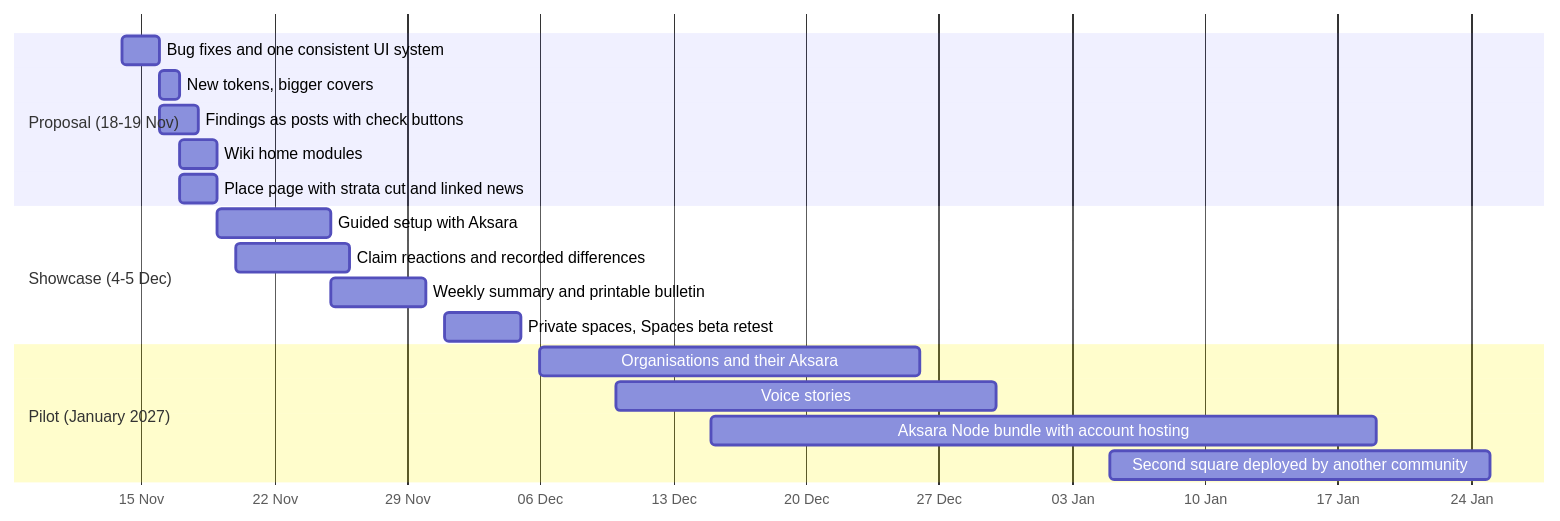
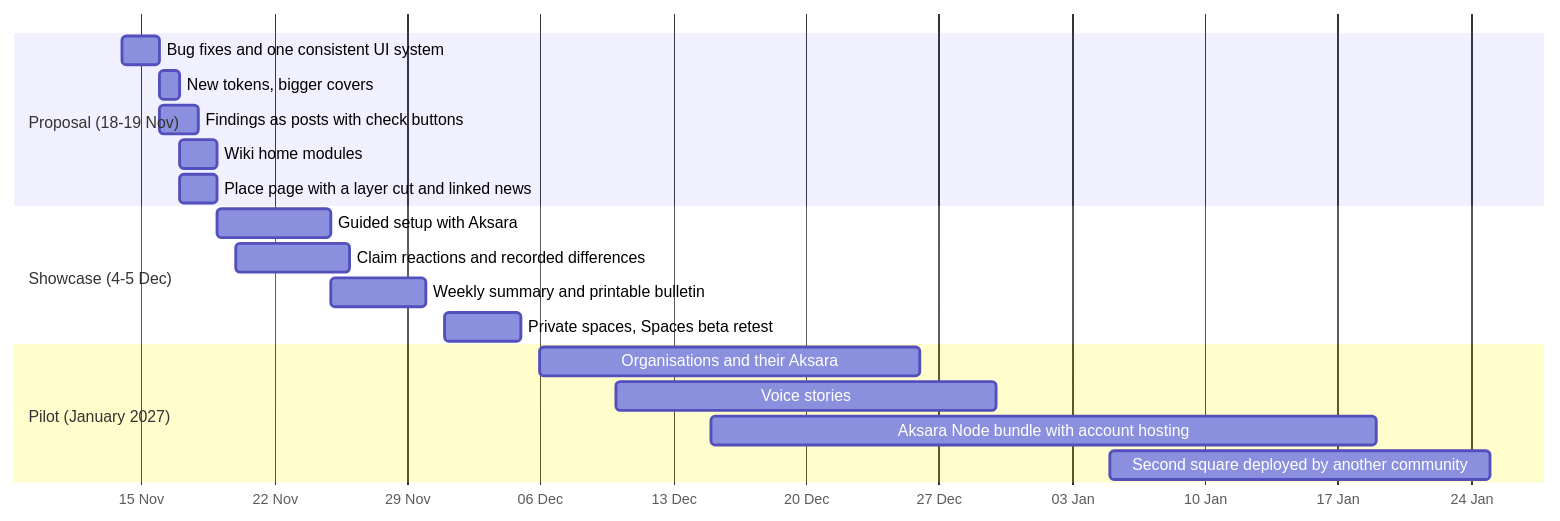
The third of 3 diagrams in docs/history/vision-and-roadmap-2026-11-14.md (yohn-maistre/ETNOS), drawn with Mermaid before and after one commit. The commit also changed other lines of this file and 132 other files, not shown here.

````diff
--- a/docs/history/vision-and-roadmap-2026-11-14.md
+++ b/docs/history/vision-and-roadmap-2026-11-14.md
@@ -56,21 +56,21 @@
 ```mermaid
 gantt
   dateFormat YYYY-MM-DD
   axisFormat %d %b
   section Proposal (18-19 Nov)
   Bug fixes and one consistent UI system      :a1, 2026-11-14, 2d
   New tokens, bigger covers                   :a2, after a1, 1d
   Findings as posts with check buttons        :a3, after a1, 2d
   Wiki home modules                           :a4, after a2, 2d
-  Place page with strata cut and linked news  :a5, after a2, 2d
+  Place page with a layer cut and linked news  :a5, after a2, 2d
   section Showcase (4-5 Dec)
   Guided setup with Aksara                    :b1, 2026-11-19, 6d
   Claim reactions and recorded differences    :b2, 2026-11-20, 6d
   Weekly summary and printable bulletin       :b3, 2026-11-25, 5d
   Private spaces, Spaces beta retest          :b4, 2026-12-01, 4d
   section Pilot (January 2027)
   Organisations and their Aksara              :c1, 2026-12-06, 20d
   Voice stories                               :c2, 2026-12-10, 20d
   Aksara Node bundle with account hosting     :c3, 2026-12-15, 35d
   Second square deployed by another community :c4, 2027-01-05, 20d
 ```
````
